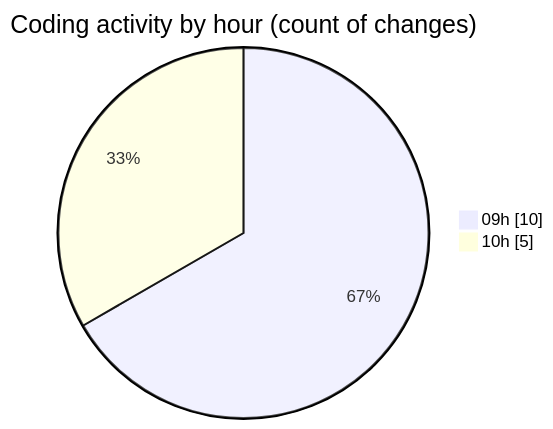
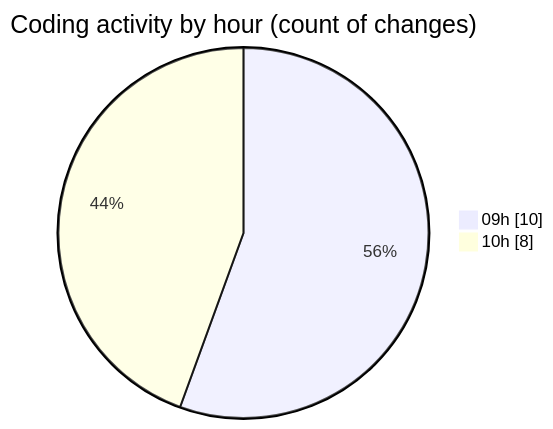
Before and after one commit to CELIANVF/code-tracking: the second of 2 diagrams in 2025-05-09/ecodeli/README.md, drawn with Mermaid. The commit also changed other lines of this file and 1 other file, not shown here.

````diff
--- a/2025-05-09/ecodeli/README.md
+++ b/2025-05-09/ecodeli/README.md
@@ -36,6 +36,6 @@
 ```mermaid
 pie showData
 title Coding activity by hour (count of changes)
 "09h" : 10
-"10h" : 5
+"10h" : 8
 ```
````
